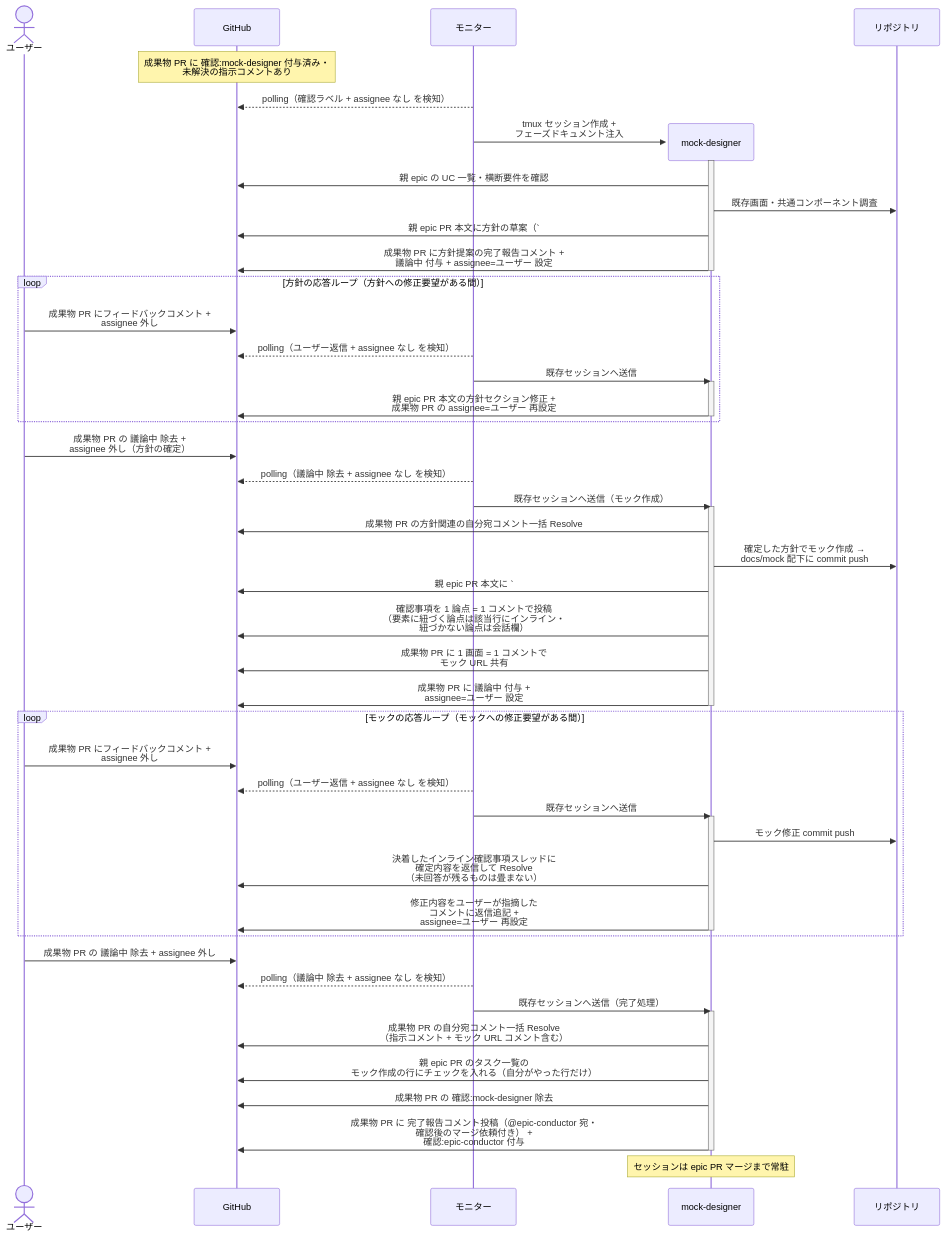
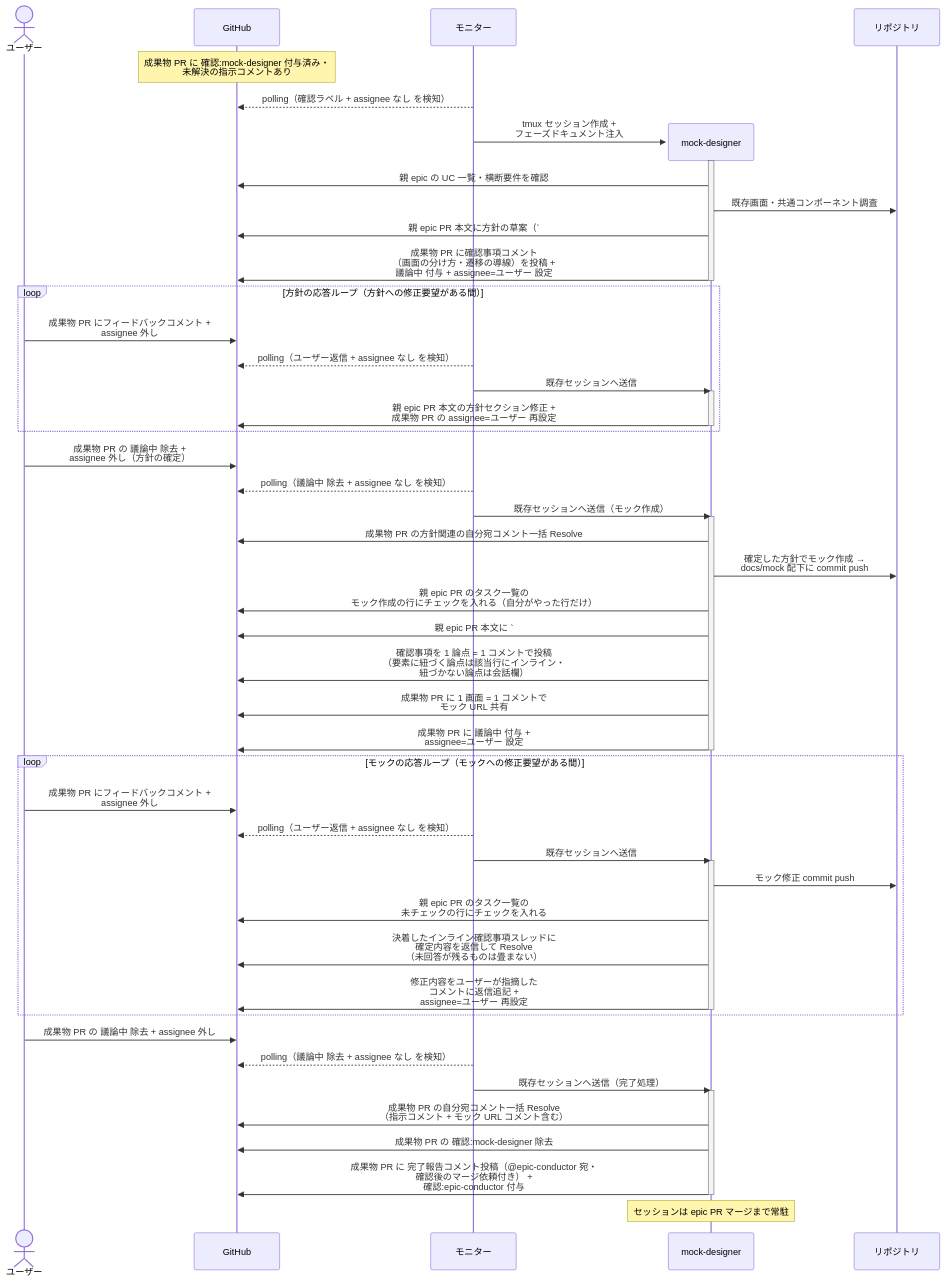
One commit to shuhei1101/ai-monitor changed the first of 2 diagrams in docs/wiki/設計図/シナリオ/単一ユースケース/全体UI設計.md. Above: the diagram before and after it, drawn with Mermaid. The commit also changed other lines of this file and 174 other files, not shown here.

````diff
--- a/docs/wiki/設計図/シナリオ/単一ユースケース/全体UI設計.md
+++ b/docs/wiki/設計図/シナリオ/単一ユースケース/全体UI設計.md
@@ -26,61 +26,62 @@
 ```mermaid
 sequenceDiagram
   actor U as ユーザー
   participant GH as GitHub
   participant ORC as モニター
 
   Note over GH: 成果物 PR に 確認:mock-designer 付与済み・<br>未解決の指示コメントあり
   ORC-->>GH: polling（確認ラベル + assignee なし を検知）
   create participant MON as mock-designer
   ORC->>MON: tmux セッション作成 +<br>フェーズドキュメント注入
   participant REPO as リポジトリ
   activate MON
   MON->>GH: 親 epic の UC 一覧・横断要件を確認
   MON->>REPO: 既存画面・共通コンポーネント調査
   MON->>GH: 親 epic PR 本文に方針の草案（`### 画面一覧` +<br>`### 画面遷移`）を追記
-  MON->>GH: 成果物 PR に方針提案の完了報告コメント +<br>議論中 付与 + assignee=ユーザー 設定
+  MON->>GH: 成果物 PR に確認事項コメント<br>（画面の分け方・遷移の導線）を投稿 +<br>議論中 付与 + assignee=ユーザー 設定
   deactivate MON
 
   loop 方針の応答ループ（方針への修正要望がある間）
     U->>GH: 成果物 PR にフィードバックコメント +<br>assignee 外し
     ORC-->>GH: polling（ユーザー返信 + assignee なし を検知）
     ORC->>MON: 既存セッションへ送信
     activate MON
     MON->>GH: 親 epic PR 本文の方針セクション修正 +<br>成果物 PR の assignee=ユーザー 再設定
     deactivate MON
   end
 
   U->>GH: 成果物 PR の 議論中 除去 +<br>assignee 外し（方針の確定）
   ORC-->>GH: polling（議論中 除去 + assignee なし を検知）
   ORC->>MON: 既存セッションへ送信（モック作成）
   activate MON
   MON->>GH: 成果物 PR の方針関連の自分宛コメント一括 Resolve
   MON->>REPO: 確定した方針でモック作成 →<br>docs/mock 配下に commit push
+  MON->>GH: 親 epic PR のタスク一覧の<br>モック作成の行にチェックを入れる（自分がやった行だけ）
   MON->>GH: 親 epic PR 本文に `### モック`（画面ごとの URL 一覧）を追記
   MON->>GH: 確認事項を 1 論点 = 1 コメントで投稿<br>（要素に紐づく論点は該当行にインライン・<br>紐づかない論点は会話欄）
   MON->>GH: 成果物 PR に 1 画面 = 1 コメントで<br>モック URL 共有
   MON->>GH: 成果物 PR に 議論中 付与 +<br>assignee=ユーザー 設定
   deactivate MON
 
   loop モックの応答ループ（モックへの修正要望がある間）
     U->>GH: 成果物 PR にフィードバックコメント +<br>assignee 外し
     ORC-->>GH: polling（ユーザー返信 + assignee なし を検知）
     ORC->>MON: 既存セッションへ送信
     activate MON
     MON->>REPO: モック修正 commit push
+    MON->>GH: 親 epic PR のタスク一覧の<br>未チェックの行にチェックを入れる
     MON->>GH: 決着したインライン確認事項スレッドに<br>確定内容を返信して Resolve<br>（未回答が残るものは畳まない）
     MON->>GH: 修正内容をユーザーが指摘した<br>コメントに返信追記 +<br>assignee=ユーザー 再設定
     deactivate MON
   end
 
   U->>GH: 成果物 PR の 議論中 除去 + assignee 外し
   ORC-->>GH: polling（議論中 除去 + assignee なし を検知）
   ORC->>MON: 既存セッションへ送信（完了処理）
   activate MON
   MON->>GH: 成果物 PR の自分宛コメント一括 Resolve<br>（指示コメント + モック URL コメント含む）
-  MON->>GH: 親 epic PR のタスク一覧の<br>モック作成の行にチェックを入れる（自分がやった行だけ）
   MON->>GH: 成果物 PR の 確認:mock-designer 除去
   MON->>GH: 成果物 PR に 完了報告コメント投稿（@epic-conductor 宛・<br>確認後のマージ依頼付き） +<br>確認:epic-conductor 付与
   deactivate MON
   Note over MON: セッションは epic PR マージまで常駐
 ```
````
